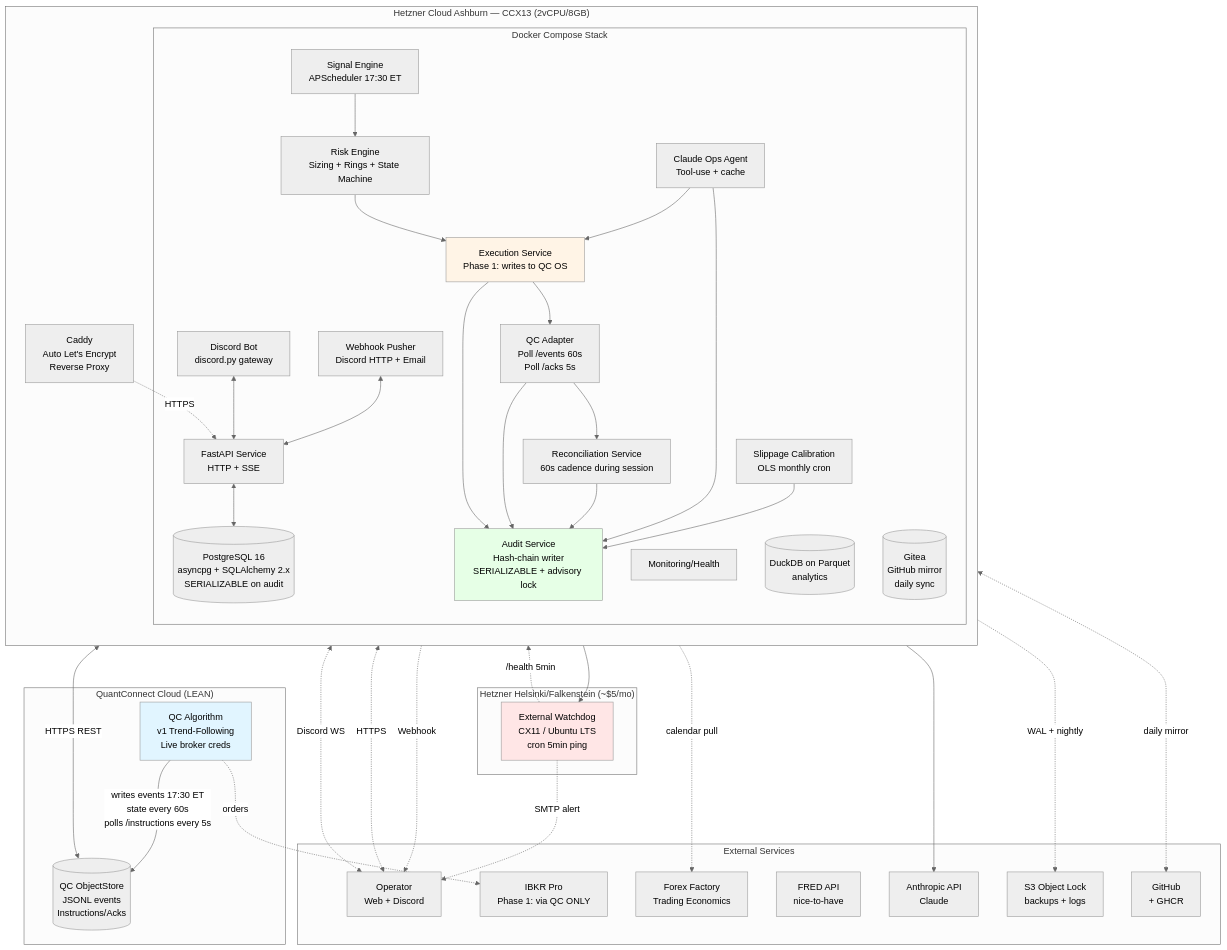
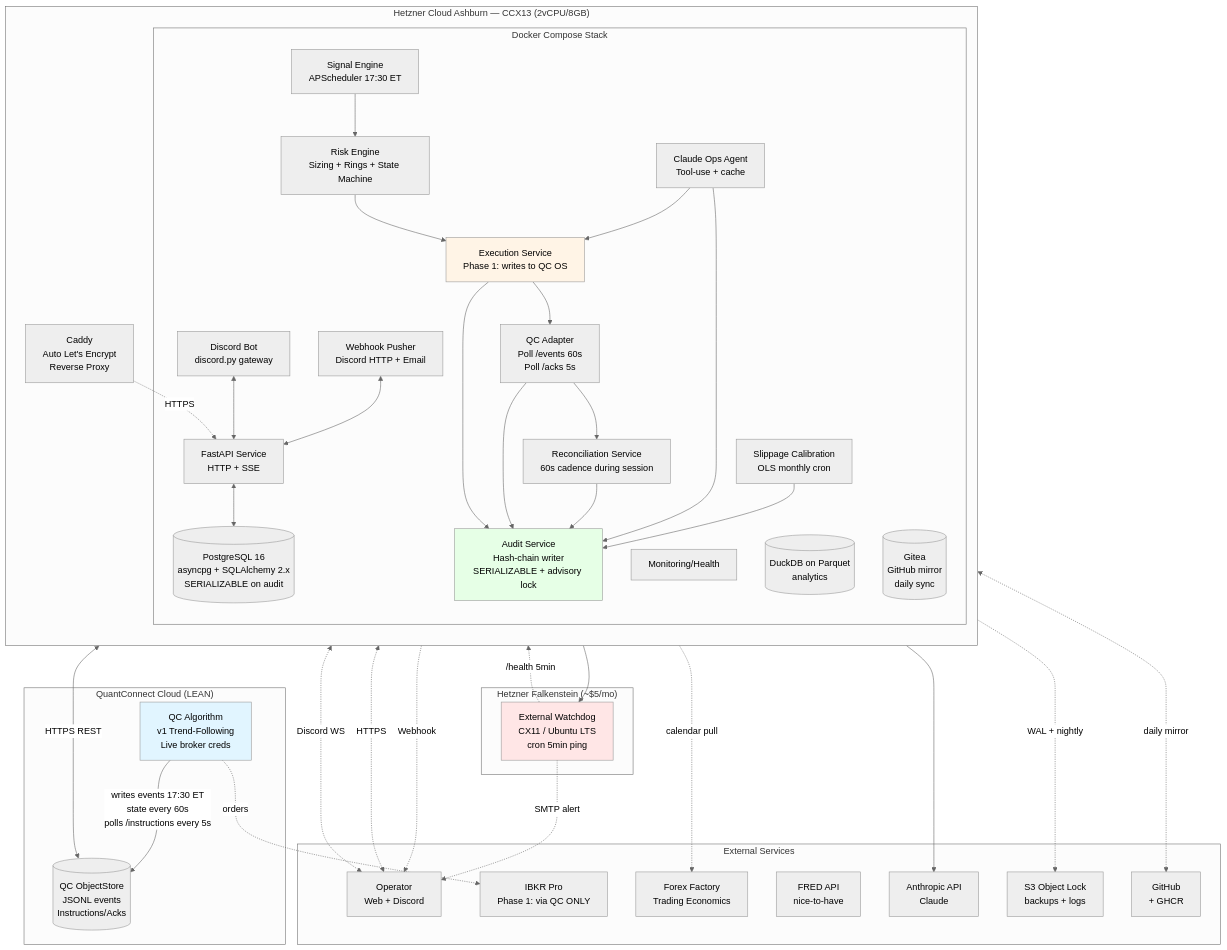
The first of 26 diagrams in backend-spec.md (shaanyp123/trading-system), drawn with Mermaid (neutral theme) before and after one commit. The commit also changed other lines of this file and 2 other files, not shown here.

````diff
--- a/backend-spec.md
+++ b/backend-spec.md
@@ -81,77 +81,77 @@
 ```mermaid
 graph TB
-  subgraph Hetzner_Helsinki["Hetzner Helsinki/Falkenstein (~$5/mo)"]
+  subgraph Hetzner_Falkenstein["Hetzner Falkenstein (~$5/mo)"]
     WD[External Watchdog<br/>CX11 / Ubuntu LTS<br/>cron 5min ping]
   end
 
   subgraph QC_Cloud["QuantConnect Cloud (LEAN)"]
     QCALG[QC Algorithm<br/>v1 Trend-Following<br/>Live broker creds]
     QCOS[(QC ObjectStore<br/>JSONL events<br/>Instructions/Acks)]
     QCALG -->|writes events 17:30 ET<br/>state every 60s<br/>polls /instructions every 5s| QCOS
   end
 
   subgraph Hetzner_Ashburn["Hetzner Cloud Ashburn — CCX13 (2vCPU/8GB)"]
     direction TB
     CADDY[Caddy<br/>Auto Let's Encrypt<br/>Reverse Proxy]
 
     subgraph Docker_Compose["Docker Compose Stack"]
       API[FastAPI Service<br/>HTTP + SSE]
       SIG[Signal Engine<br/>APScheduler 17:30 ET]
       RISK[Risk Engine<br/>Sizing + Rings + State Machine]
       EXEC[Execution Service<br/>Phase 1: writes to QC OS]
       RECON[Reconciliation Service<br/>60s cadence during session]
       AUDIT[Audit Service<br/>Hash-chain writer<br/>SERIALIZABLE + advisory lock]
       CALIB[Slippage Calibration<br/>OLS monthly cron]
       QCADP[QC Adapter<br/>Poll /events 60s<br/>Poll /acks 5s]
       AGENT[Claude Ops Agent<br/>Tool-use + cache]
       DBOT[Discord Bot<br/>discord.py gateway]
       WHP[Webhook Pusher<br/>Discord HTTP + Email]
       MON[Monitoring/Health]
 
       PG[(PostgreSQL 16<br/>asyncpg + SQLAlchemy 2.x<br/>SERIALIZABLE on audit)]
       DDB[(DuckDB on Parquet<br/>analytics)]
       GITEA[(Gitea<br/>GitHub mirror<br/>daily sync)]
     end
 
     CADDY -.HTTPS.-> API
     API <--> PG
     SIG --> RISK --> EXEC --> AUDIT
     QCADP <-- HTTPS REST --> QCOS
     QCADP --> AUDIT
     QCADP --> RECON
     EXEC --> QCADP
     RECON --> AUDIT
     AGENT --> EXEC
     AGENT --> AUDIT
     DBOT <--> API
     WHP <--> API
     MON --> WD
     CALIB --> AUDIT
   end
 
   subgraph External["External Services"]
     OPER[Operator<br/>Web + Discord]
     IBKR[IBKR Pro<br/>Phase 1: via QC ONLY]
     FF[Forex Factory<br/>Trading Economics]
     FRED[FRED API<br/>nice-to-have]
     CLAUDE[Anthropic API<br/>Claude]
     S3[S3 Object Lock<br/>backups + logs]
     GH[GitHub<br/>+ GHCR]
   end
 
   WD -. /health 5min .-> CADDY
   WD -. SMTP alert .-> OPER
   OPER <-. HTTPS .-> CADDY
   OPER <-. Discord WS .-> DBOT
   WHP -. Webhook .-> OPER
   QCALG -. orders .-> IBKR
   SIG -. calendar pull .-> FF
   AGENT --> CLAUDE
   AUDIT -. WAL + nightly .-> S3
   GITEA <-. daily mirror .-> GH
 
   style QCALG fill:#e1f5ff
   style EXEC fill:#fff4e6
   style WD fill:#ffe6e6
   style AUDIT fill:#e6ffe6
 ```
````
